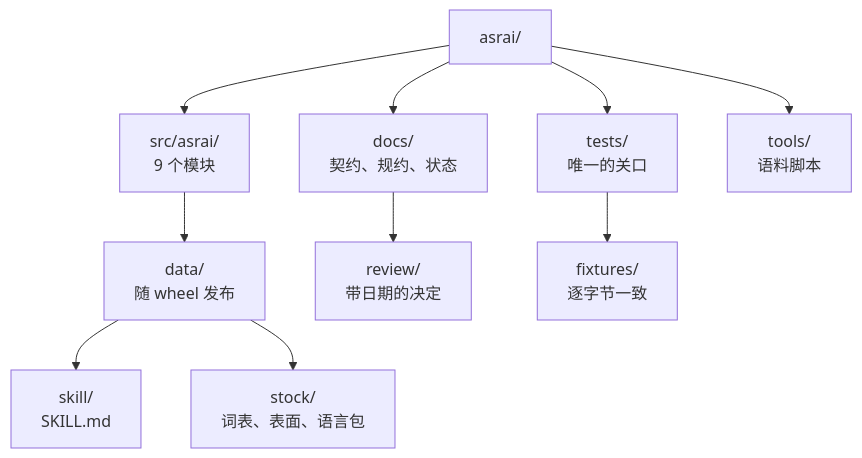
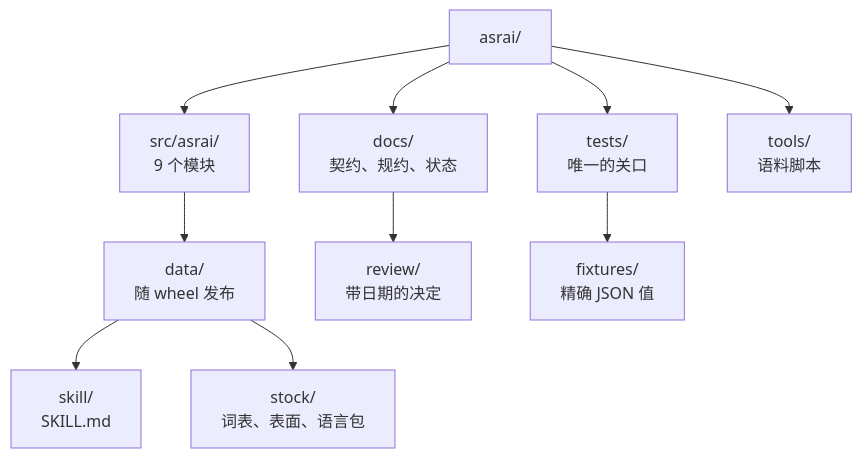
Before and after one commit to Stdev17/asrai: the diagram in docs/i18n/zh-Hans/README.md, drawn with Mermaid. The commit also changed other lines of this file and 2 other files, not shown here.

````diff
--- a/docs/i18n/zh-Hans/README.md
+++ b/docs/i18n/zh-Hans/README.md
@@ -69,8 +73,8 @@
 ```mermaid
 flowchart TD
     ROOT["asrai/"] --> SRC["src/asrai/<br/>9 个模块"] & DOCS["docs/<br/>契约、规约、状态"] & TESTS["tests/<br/>唯一的关口"] & TOOLS["tools/<br/>语料脚本"]
     SRC --> DATA["data/<br/>随 wheel 发布"]
     DATA --> SKILL["skill/<br/>SKILL.md"] & STOCK["stock/<br/>词表、表面、语言包"]
     DOCS --> REVIEW["review/<br/>带日期的决定"]
-    TESTS --> FIX["fixtures/<br/>逐字节一致"]
+    TESTS --> FIX["fixtures/<br/>精确 JSON 值"]
 ```
````
